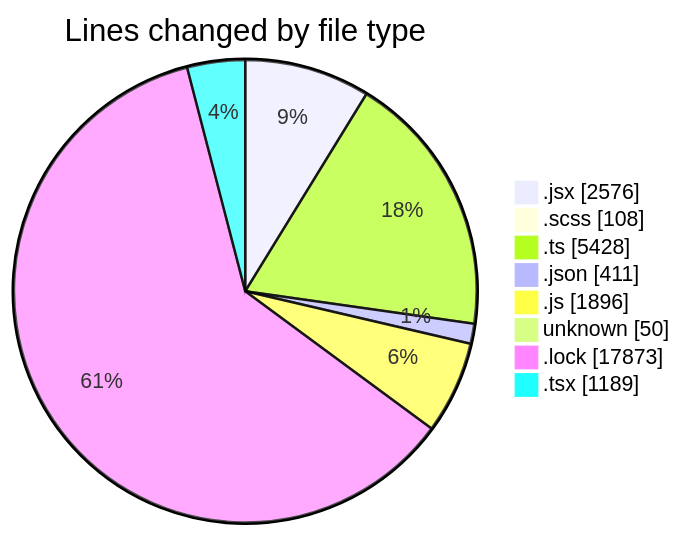
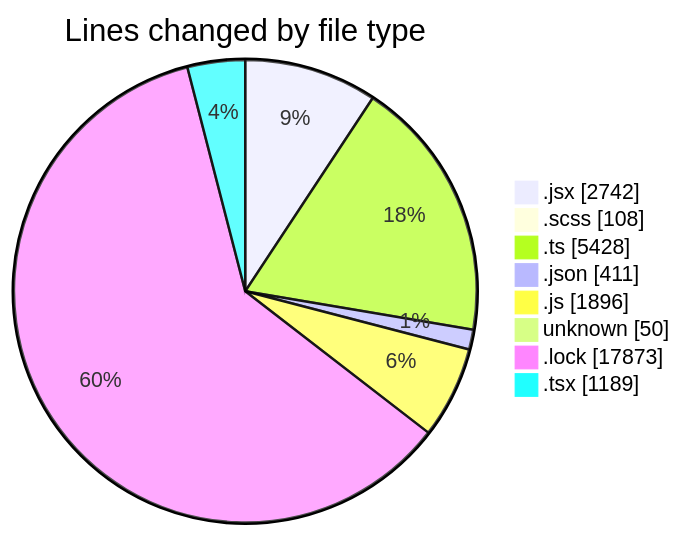
One commit to momahboobian/code-tracking changed the first of 2 diagrams in 2026-09-01/cda/README.md. Above: the diagram before and after it, drawn with Mermaid. The commit also changed other lines of this file and 1 other file, not shown here.

````diff
--- a/2026-09-01/cda/README.md
+++ b/2026-09-01/cda/README.md
@@ -77,12 +77,12 @@
 ```mermaid
 pie showData
 title Lines changed by file type
-".jsx" : 2576
+".jsx" : 2742
 ".scss" : 108
 ".ts" : 5428
 ".json" : 411
 ".js" : 1896
 "unknown" : 50
 ".lock" : 17873
 ".tsx" : 1189
 ```
````
